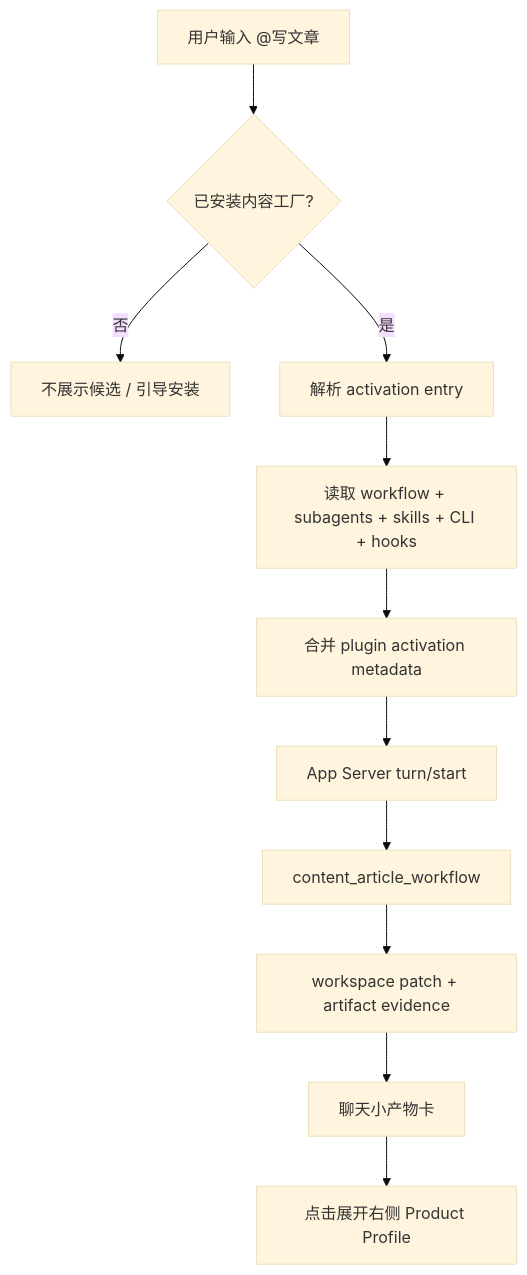
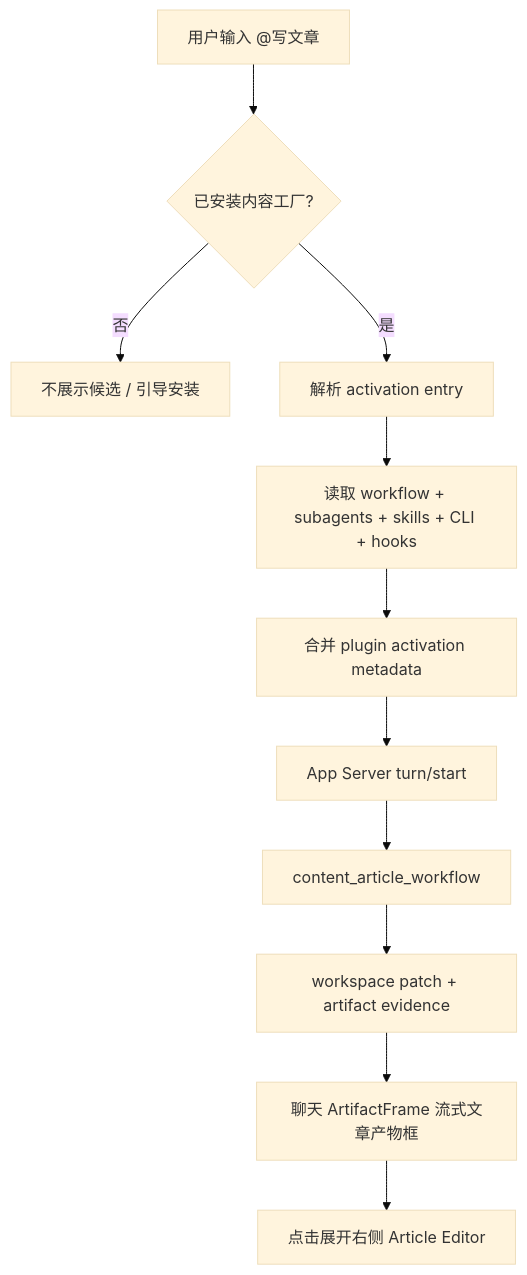
Before and after one commit to jiujuan/lime: the second of 2 diagrams in internal/roadmap/Writing/architecture.md, drawn with Mermaid (base theme). The commit also changed other lines of this file and 458 other files, not shown here.

````diff
--- a/internal/roadmap/Writing/architecture.md
+++ b/internal/roadmap/Writing/architecture.md
@@ -133,13 +178,13 @@
 ```mermaid
 flowchart TD
   A[用户输入 @写文章] --> B{已安装内容工厂?}
   B -- 否 --> C[不展示候选 / 引导安装]
   B -- 是 --> D[解析 activation entry]
   D --> E[读取 workflow + subagents + skills + CLI + hooks]
   E --> F[合并 plugin activation metadata]
   F --> G[App Server turn/start]
   G --> H[content_article_workflow]
   H --> I[workspace patch + artifact evidence]
-  I --> J[聊天小产物卡]
-  J --> K[点击展开右侧 Product Profile]
+  I --> J[聊天 ArtifactFrame 流式文章产物框]
+  J --> K[点击展开右侧 Article Editor]
 ```
````
